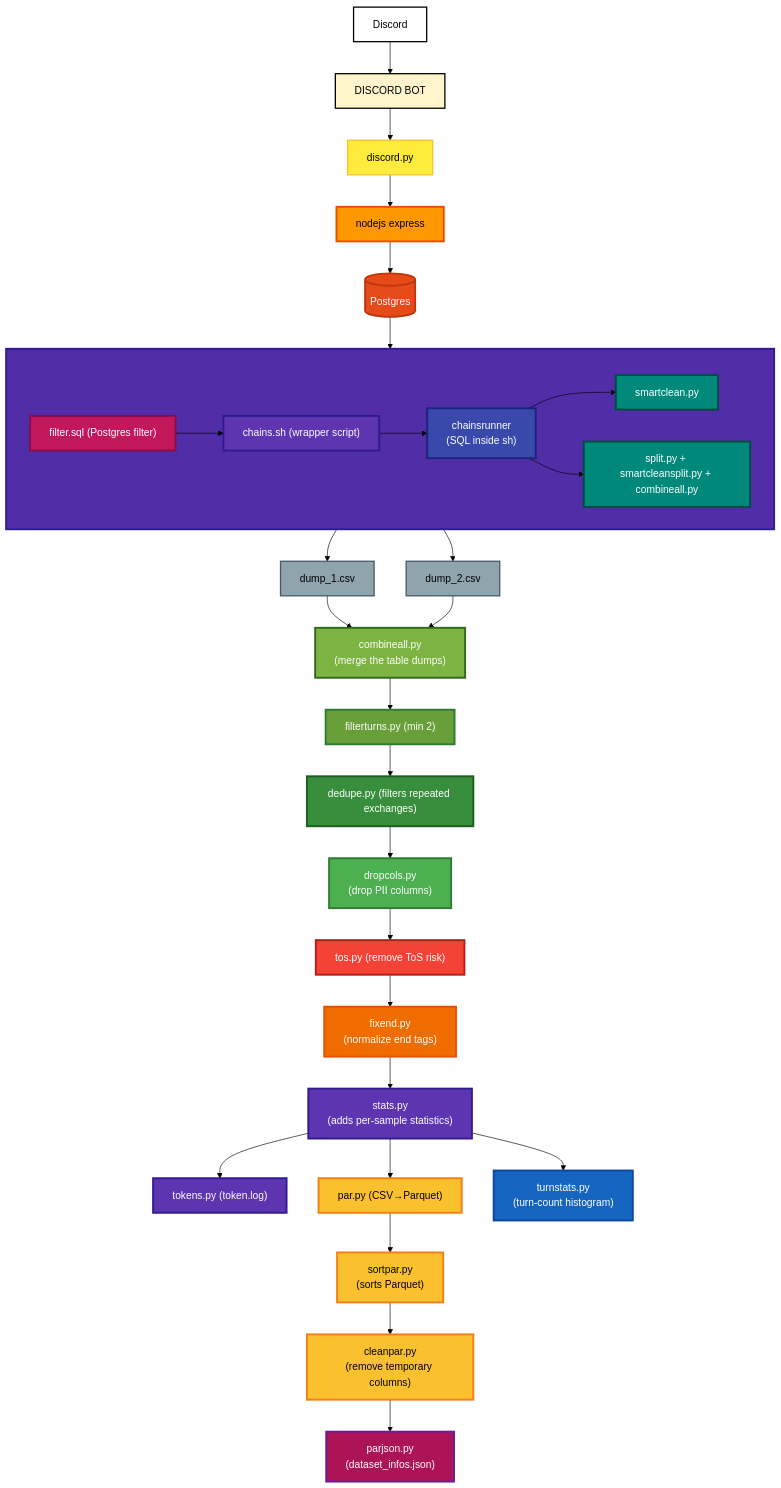
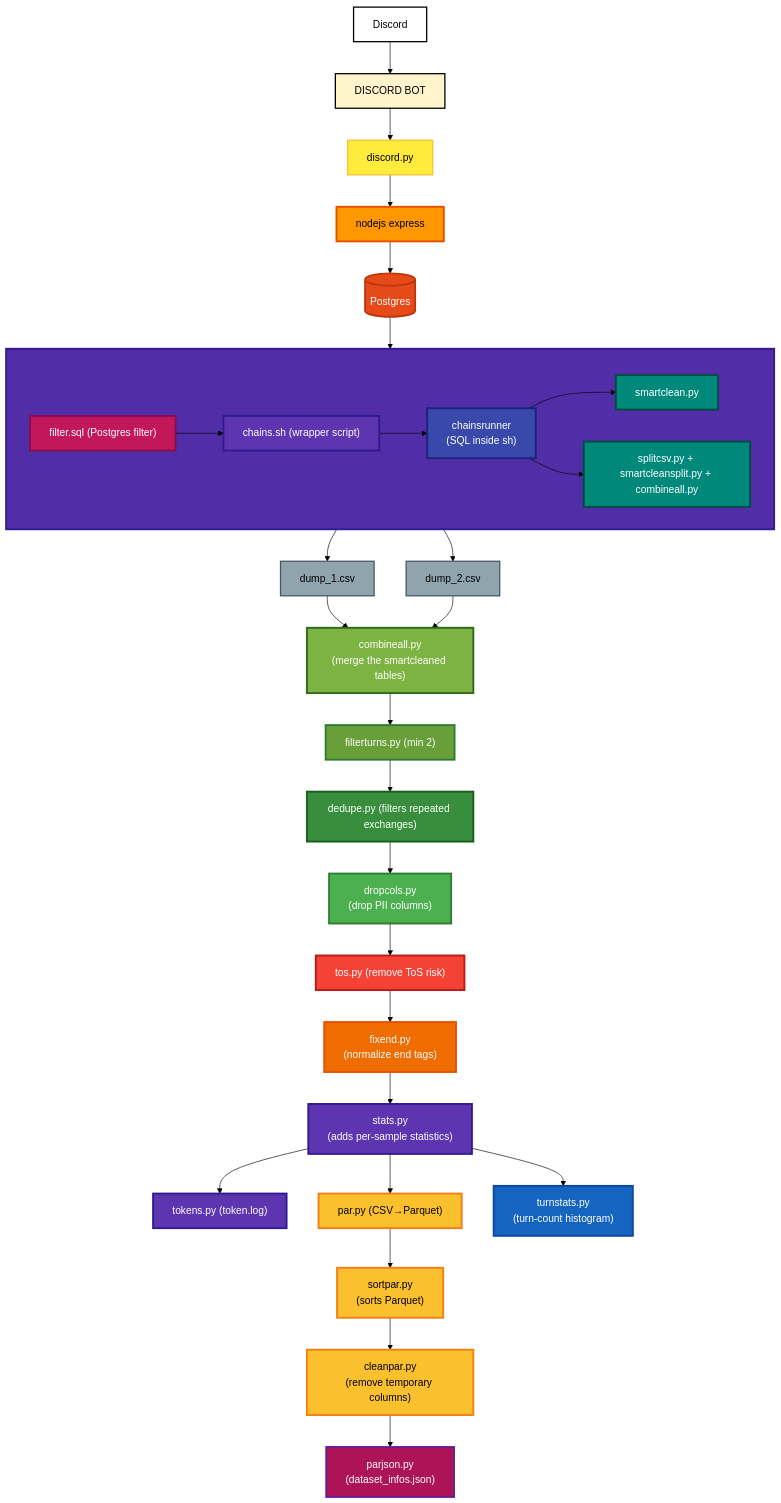
The diagram in README.md (mookiezi/dataset-pipeline), drawn with Mermaid (forest theme) before and after one commit. The commit also changed other lines of this file, not shown here.

````diff
--- a/README.md
+++ b/README.md
@@ -11,65 +11,65 @@
 ```mermaid
 flowchart TD
     A[Discord]:::c1 --> B[DISCORD BOT]:::c2
     B --> C[discord.py]:::c3
     C --> D[nodejs express]:::c4
     D --> E[(Postgres)]:::db
 
     E --> G["filter.sql (Postgres filter)"]:::sql
 
     subgraph S[" "]
     direction LR
         G --> H["chains.sh (wrapper script)"]:::c9
         H --> J["chainsrunner<br>(SQL inside sh)"]:::c10
     J --> K["smartclean.py"]:::clean
-    J --> L["split.py + smartcleansplit.py + combineall.py"]:::clean
+    J --> L["splitcsv.py + smartcleansplit.py + combineall.py"]:::clean
     end
     style S fill:#512da8,stroke:#311b92,color:#ffffff,stroke-width:3px
 
     %% One dump from each branch
     K --> M1["dump_1.csv"]:::file
     L --> M2["dump_2.csv"]:::file
 
     %% Both go into combineall.py
-    M1 --> N["combineall.py<br>(merge the table dumps)"]:::c15
+    M1 --> N["combineall.py<br>(merge the smartcleaned tables)"]:::c15
     M2 --> N
     N --> O["filterturns.py (min 2)"]:::c16
     O --> P["dedupe.py (filters repeated exchanges)"]:::c17
     P --> Q["dropcols.py<br>(drop PII columns)"]:::c18
     Q --> R["tos.py (remove ToS risk)"]:::tos
     R --> S1["fixend.py<br>(normalize end tags)"]:::fix
     S1 --> T["stats.py<br>(adds per-sample statistics)"]:::stats
 
     %% Stats branches → center par.py
     T --> Y["tokens.py (token.log)"]:::stats
     T --> U["par.py (CSV→Parquet)"]:::pack
     T --> Z["turnstats.py<br>(turn-count histogram)"]:::hist
 
     U --> V["sortpar.py<br>(sorts Parquet)"]:::pack
     V --> W["cleanpar.py<br>(remove temporary columns)"]:::pack
     W --> X["parjson.py<br>(dataset_infos.json)"]:::meta
 
     %% STYLE CLASSES (use colons)
     classDef c1 fill:#ffffff,stroke:#000000,color:#000000,stroke-width:2px
     classDef c2 fill:#fff4cc,stroke:#000000,color:#000000,stroke-width:2px
     classDef c3 fill:#ffeb3b,stroke:#fbc02d,color:#000000,stroke-width:2px
     classDef c4 fill:#ff9800,stroke:#e65100,color:#000000,stroke-width:3px
     classDef db fill:#e64a19,stroke:#bf360c,color:#ffffff,stroke-width:3px
     classDef sql fill:#c2185b,stroke:#880e4f,color:#ffffff,stroke-width:3px
     classDef c7 fill:#9c27b0,stroke:#6a1b9a,color:#ffffff,stroke-width:3px
     classDef c9 fill:#5e35b1,stroke:#311b92,color:#ffffff,stroke-width:3px
     classDef c10 fill:#3949ab,stroke:#1a237e,color:#ffffff,stroke-width:3px
     classDef c11 fill:#283593,stroke:#1a237e,color:#ffffff,stroke-width:3px
     classDef clean fill:#00897b,stroke:#004d40,color:#ffffff,stroke-width:3px
     classDef file fill:#90a4ae,stroke:#455a64,color:#000000,stroke-width:2px
     classDef c15 fill:#7cb342,stroke:#33691e,color:#ffffff,stroke-width:3px
     classDef c16 fill:#689f38,stroke:#2e7d32,color:#ffffff,stroke-width:3px
     classDef c17 fill:#388e3c,stroke:#1b5e20,color:#ffffff,stroke-width:3px
     classDef c18 fill:#4caf50,stroke:#2e7d32,color:#ffffff,stroke-width:3px
     classDef tos fill:#f44336,stroke:#b71c1c,color:#ffffff,stroke-width:3px
     classDef fix fill:#ef6c00,stroke:#e65100,color:#ffffff,stroke-width:3px
     classDef stats fill:#5e35b1,stroke:#311b92,color:#ffffff,stroke-width:3px
     classDef pack fill:#fbc02d,stroke:#f57f17,color:#000000,stroke-width:3px
     classDef meta fill:#ad1457,stroke:#6a1b9a,color:#ffffff,stroke-width:3px
     classDef hist fill:#1565c0,stroke:#0d47a1,color:#ffffff,stroke-width:3px
 ```
````
